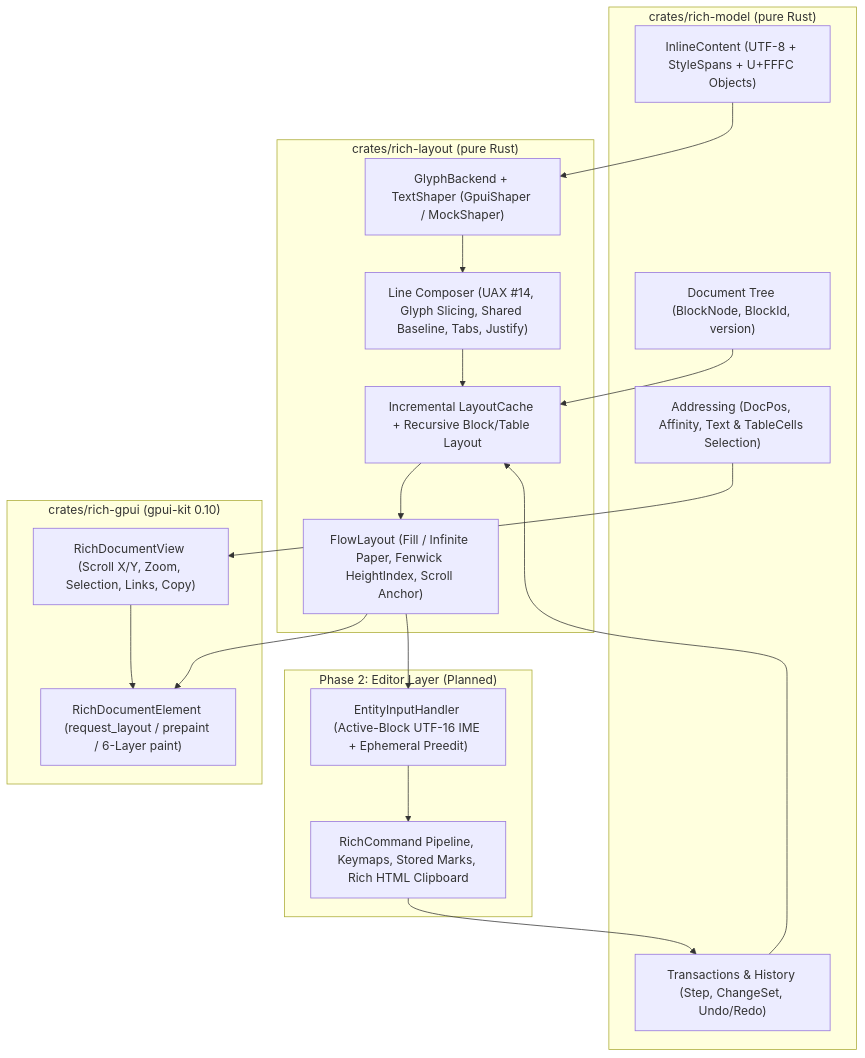
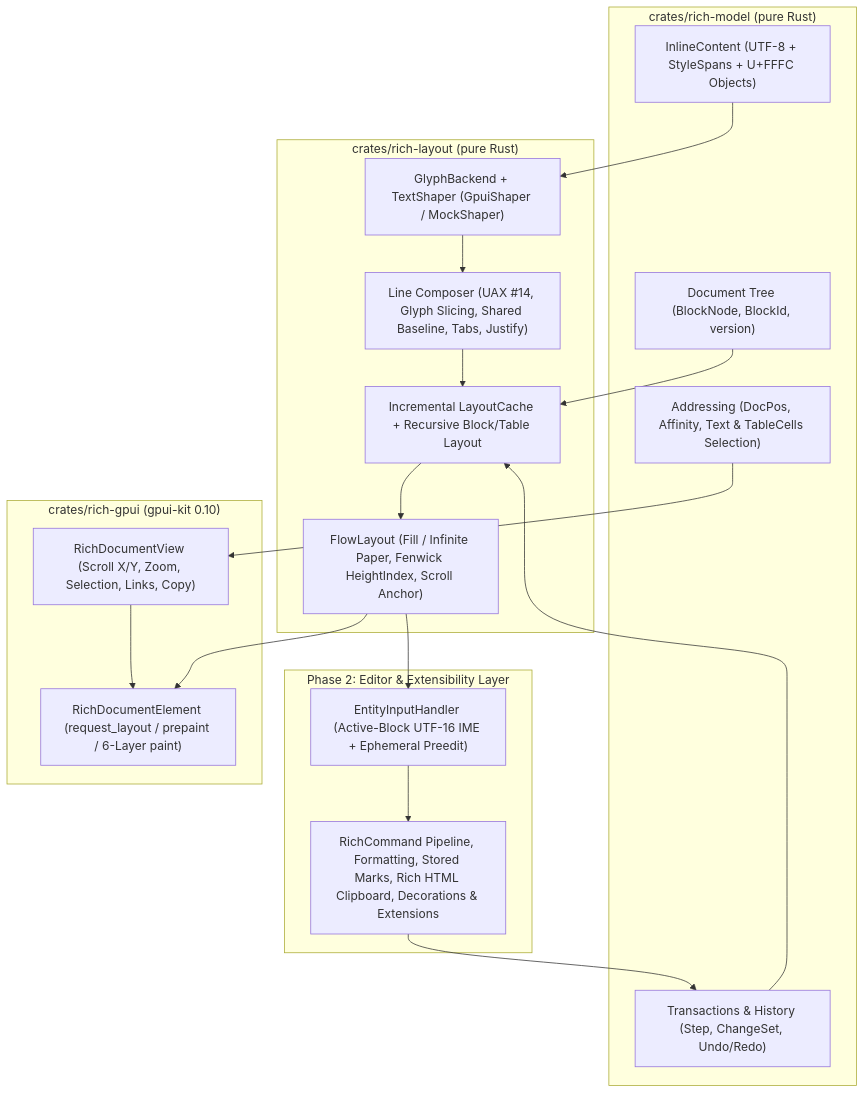
One commit to al-ula/gpui-rich changed the diagram in ARCHITECTURE.md. Above: the diagram before and after it, drawn with Mermaid. The commit also changed other lines of this file and 23 other files, not shown here.

First line of the commit message:
feat: complete Phase 2.3/2.4 formatting, extensions, fonts, and margins

````diff
--- a/ARCHITECTURE.md
+++ b/ARCHITECTURE.md
@@ -25,39 +25,39 @@
 ```mermaid
 flowchart TD
     subgraph Model["crates/rich-model (pure Rust)"]
         Doc["Document Tree (BlockNode, BlockId, version)"]
         Inline["InlineContent (UTF-8 + StyleSpans + U+FFFC Objects)"]
         Sel["Addressing (DocPos, Affinity, Text & TableCells Selection)"]
         Tx["Transactions & History (Step, ChangeSet, Undo/Redo)"]
     end
 
     subgraph Layout["crates/rich-layout (pure Rust)"]
         Shaper["GlyphBackend + TextShaper (GpuiShaper / MockShaper)"]
         Line["Line Composer (UAX #14, Glyph Slicing, Shared Baseline, Tabs, Justify)"]
         Cache["Incremental LayoutCache + Recursive Block/Table Layout"]
         Flow["FlowLayout (Fill / Infinite Paper, Fenwick HeightIndex, Scroll Anchor)"]
     end
 
     subgraph Render["crates/rich-gpui (gpui-kit 0.10)"]
         View["RichDocumentView (Scroll X/Y, Zoom, Selection, Links, Copy)"]
         Elem["RichDocumentElement (request_layout / prepaint / 6-Layer paint)"]
     end
 
-    subgraph Phase2["Phase 2: Editor Layer (Planned)"]
+    subgraph Phase2["Phase 2: Editor & Extensibility Layer"]
         IME["EntityInputHandler (Active-Block UTF-16 IME + Ephemeral Preedit)"]
-        Edit["RichCommand Pipeline, Keymaps, Stored Marks, Rich HTML Clipboard"]
+        Edit["RichCommand Pipeline, Formatting, Stored Marks, Rich HTML Clipboard, Decorations & Extensions"]
     end
 
     Doc --> Cache
     Inline --> Shaper
     Tx --> Cache
     Shaper --> Line
     Line --> Cache
     Cache --> Flow
     Flow --> Elem
     View --> Elem
     Sel --> View
     IME --> Edit
     Edit --> Tx
     Flow --> IME
 ```
````
